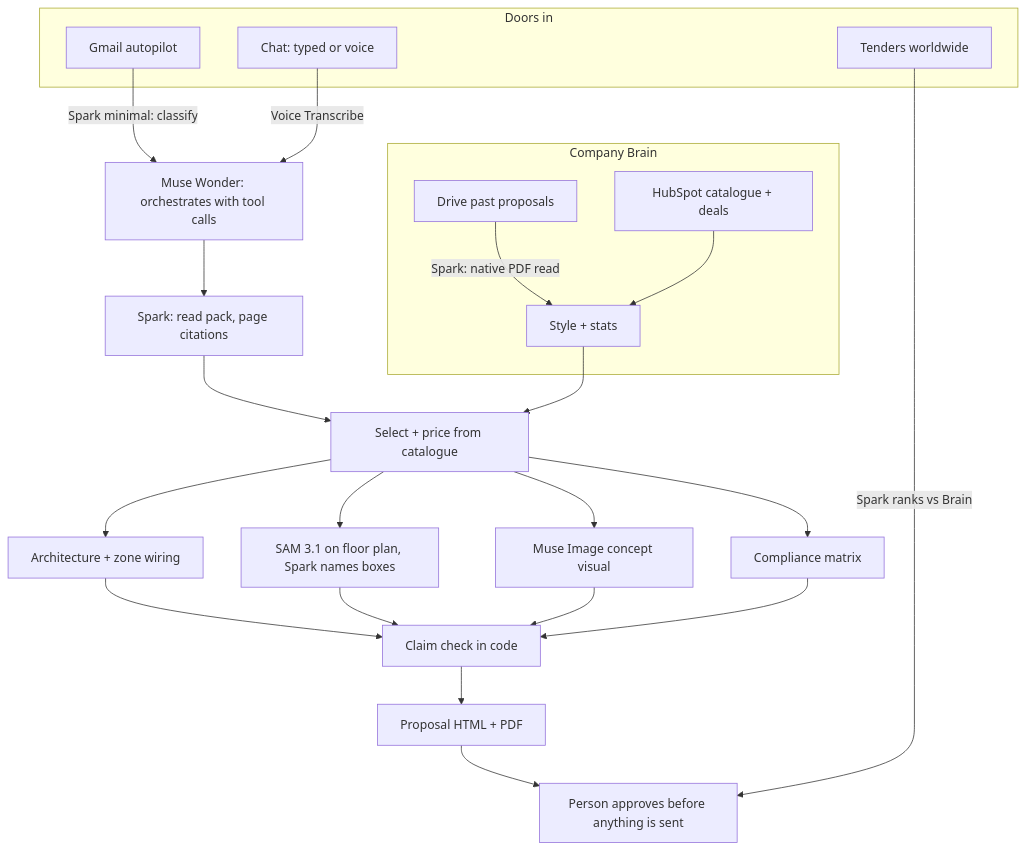
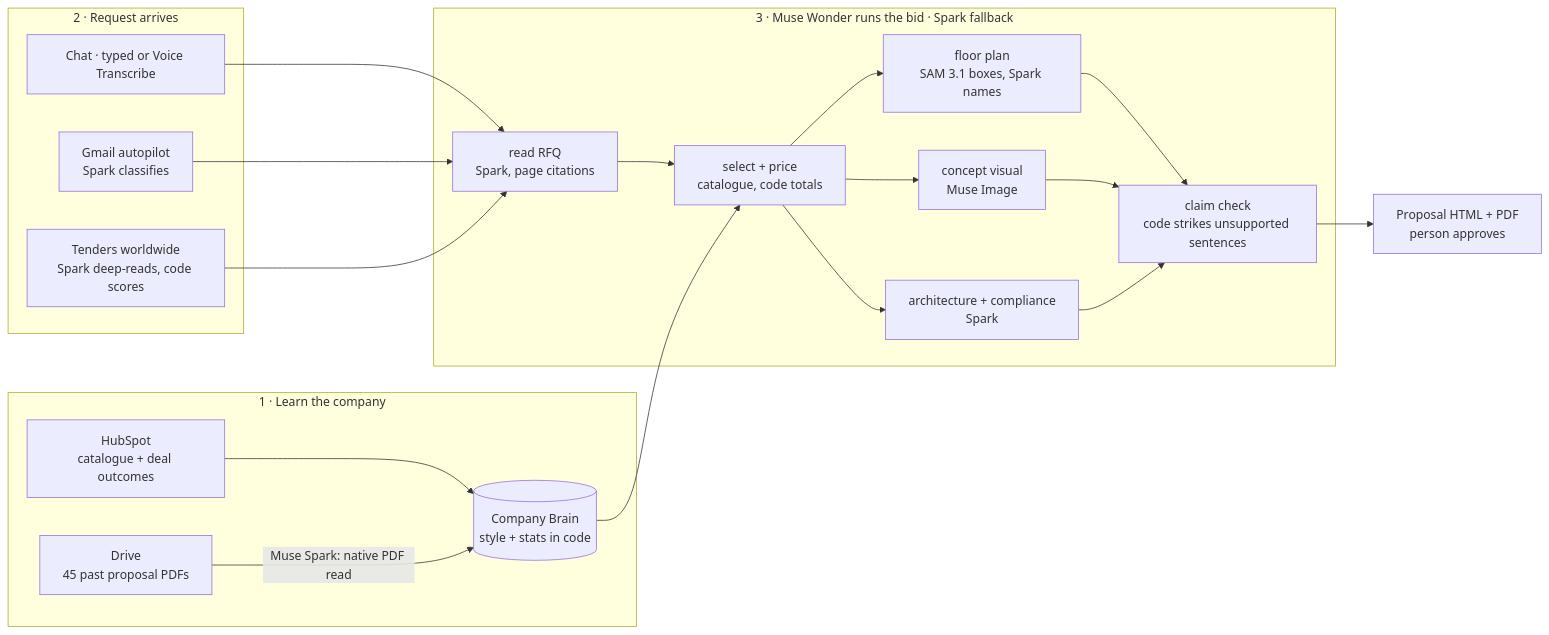
Before and after one commit to BonneyMantra/pactovio-meta-hackathon: the diagram in README.md, drawn with Mermaid. The commit also changed other lines of this file and 12 other files, not shown here.

First line of the commit message:
docs: architecture, models, evals, security and six ADRs; README leads with measured results

````diff
--- a/README.md
+++ b/README.md
@@ -30,30 +22,22 @@
 ```mermaid
-flowchart TD
-  subgraph In[Doors in]
-    G[Gmail autopilot]
-    C[Chat: typed or voice]
-    T[Tenders worldwide]
+flowchart LR
+  subgraph Learn[1 · Learn the company]
+    H[HubSpot<br/>catalogue + deal outcomes] --> B
+    D[Drive<br/>45 past proposal PDFs] -->|Muse Spark: native PDF read| B[(Company Brain<br/>style + stats in code)]
   end
-  G -->|Spark minimal: classify| W
-  C -->|Voice Transcribe| W
-  subgraph Learn[Company Brain]
-    H[HubSpot catalogue + deals]
-    D[Drive past proposals]
-    D -->|Spark: native PDF read| B[Style + stats]
-    H --> B
+  subgraph In[2 · Request arrives]
+    C[Chat · typed or Voice Transcribe]
+    G[Gmail autopilot<br/>Spark classifies]
+    T[Tenders worldwide<br/>Spark deep-reads, code scores]
   end
-  W[Muse Wonder: orchestrates with tool calls] --> R[Spark: read pack, page citations]
-  R --> S[Select + price from catalogue]
+  subgraph Bid[3 · Muse Wonder runs the bid · Spark fallback]
+    R[read RFQ<br/>Spark, page citations] --> S[select + price<br/>catalogue, code totals]
+    S --> F[floor plan<br/>SAM 3.1 boxes, Spark names]
+    S --> V[concept visual<br/>Muse Image]
+    S --> A[architecture + compliance<br/>Spark]
+    F & V & A --> K[claim check<br/>code strikes unsupported sentences]
+  end
   B --> S
-  S --> A[Architecture + zone wiring]
-  S --> F[SAM 3.1 on floor plan, Spark names boxes]
-  S --> I[Muse Image concept visual]
-  S --> K[Compliance matrix]
-  A --> X[Claim check in code]
-  F --> X
-  I --> X
-  K --> X
-  X --> P[Proposal HTML + PDF]
-  P --> Q[Person approves before anything is sent]
-  T -->|Spark ranks vs Brain| Q
+  C & G & T --> R
+  K --> P[Proposal HTML + PDF<br/>person approves]
 ```
````
